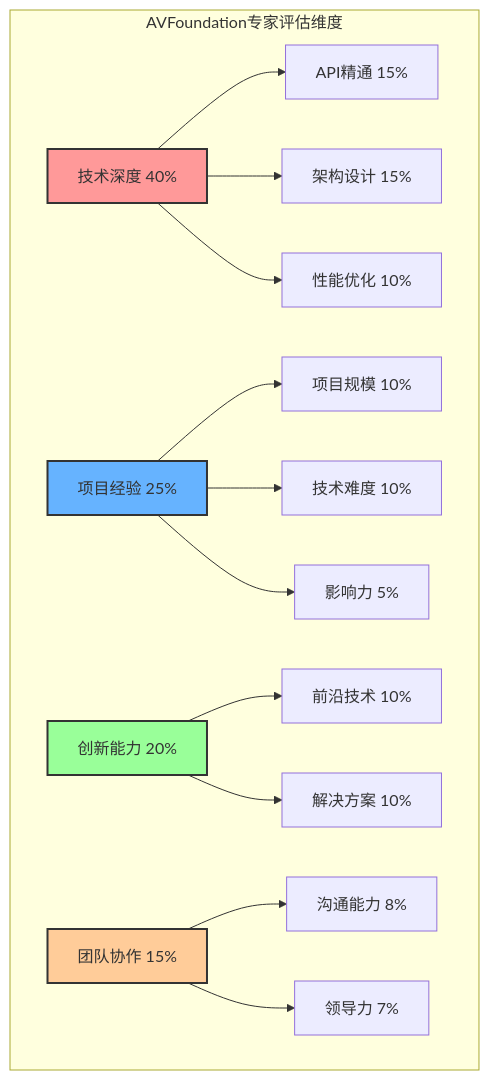
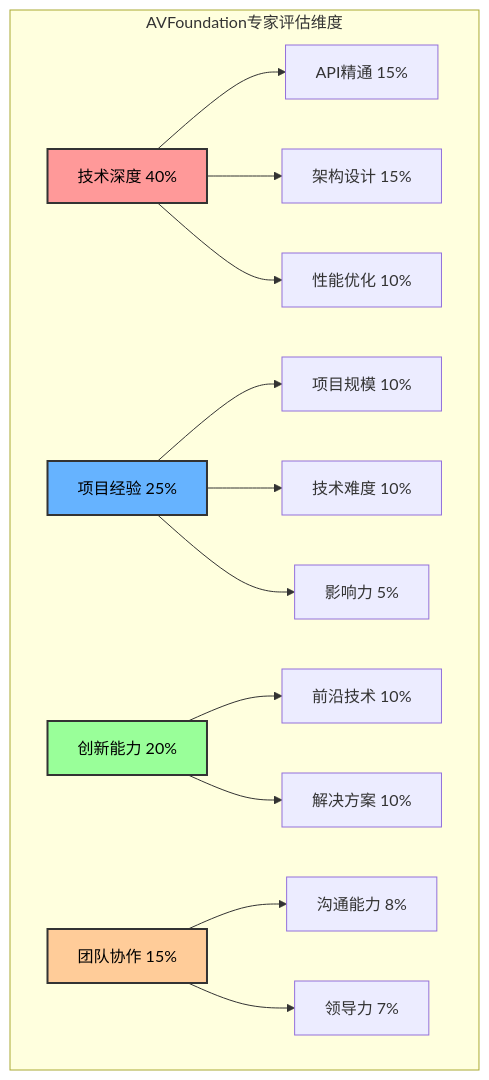
The eighth of 8 diagrams in ohmy408/datas.bundle/音频开发/1.9a AVFoundation.md (Dtheme/ohmy408), drawn with Mermaid before and after one commit. The commit also changed other lines of this file and 7 other files, not shown here.

````diff
--- a/ohmy408/datas.bundle/音频开发/1.9a AVFoundation.md
+++ b/ohmy408/datas.bundle/音频开发/1.9a AVFoundation.md
@@ -3999,23 +3999,23 @@
 ```mermaid
 graph TB
     subgraph "AVFoundation专家评估维度"
         A[技术深度 40%] --> A1[API精通 15%]
         A --> A2[架构设计 15%]
         A --> A3[性能优化 10%]
         
         B[项目经验 25%] --> B1[项目规模 10%]
         B --> B2[技术难度 10%]
         B --> B3[影响力 5%]
         
         C[创新能力 20%] --> C1[前沿技术 10%]
         C --> C2[解决方案 10%]
         
         D[团队协作 15%] --> D1[沟通能力 8%]
         D --> D2[领导力 7%]
     end
     
-    style A fill:#ff9999,stroke:#333,stroke-width:2px
-    style B fill:#66b3ff,stroke:#333,stroke-width:2px
-    style C fill:#99ff99,stroke:#333,stroke-width:2px
-    style D fill:#ffcc99,stroke:#333,stroke-width:2px
+    style A fill:#ff9999,stroke:#333,stroke-width:2px,color:#000
+    style B fill:#66b3ff,stroke:#333,stroke-width:2px,color:#000
+    style C fill:#99ff99,stroke:#333,stroke-width:2px,color:#000
+    style D fill:#ffcc99,stroke:#333,stroke-width:2px,color:#000
 ```
````
